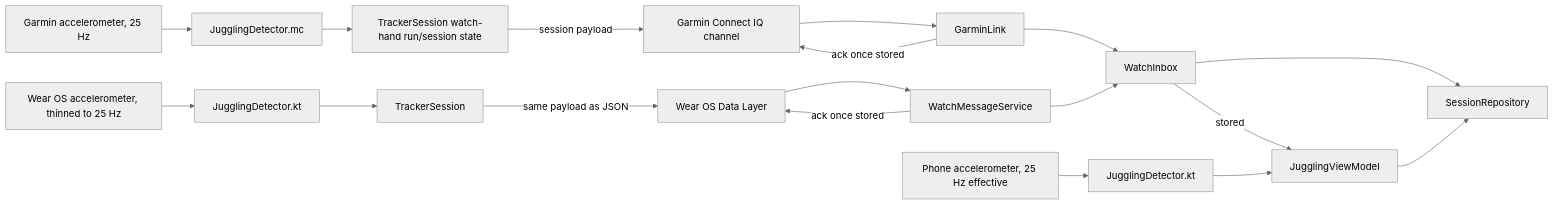
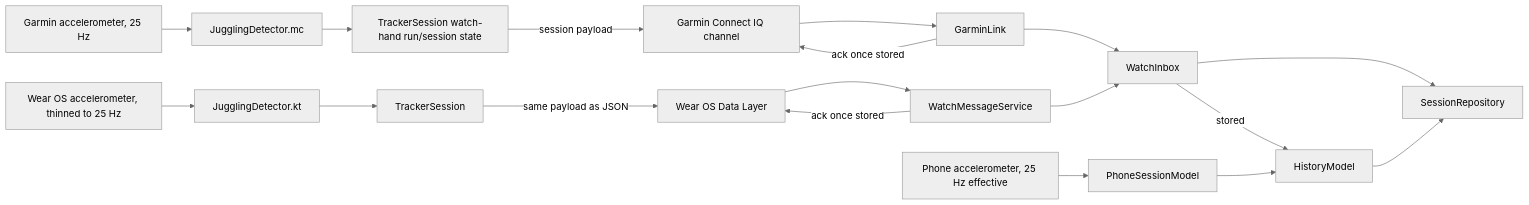
One commit to jumlauft/JugglingTracker changed the diagram in README.md. Above: the diagram before and after it, drawn with Mermaid (neutral theme). The commit also changed other lines of this file and 42 other files, not shown here.

First line of the commit message:
Refactor step 5: split the phone view models the same way on both phones

````diff
--- a/README.md
+++ b/README.md
@@ -42,20 +42,20 @@
 ```mermaid
 flowchart LR
     A[Garmin accelerometer, 25 Hz] --> B[JugglingDetector.mc]
     B --> C[TrackerSession watch-hand run/session state]
     C -->|session payload| D[Garmin Connect IQ channel]
     D --> GL[GarminLink]
     GL --> E[WatchInbox]
     W[Wear OS accelerometer, thinned to 25 Hz] --> X[JugglingDetector.kt]
     X --> Y[TrackerSession]
     Y -->|same payload as JSON| Z[Wear OS Data Layer]
     Z --> WS[WatchMessageService]
     WS --> E
     E --> G[SessionRepository]
-    E -->|stored| F[JugglingViewModel]
-    P[Phone accelerometer, 25 Hz effective] --> Q[JugglingDetector.kt]
+    E -->|stored| F[HistoryModel]
+    P[Phone accelerometer, 25 Hz effective] --> Q[PhoneSessionModel]
     Q --> F
     F --> G
     GL -->|ack once stored| D
     WS -->|ack once stored| Z
 ```
````
